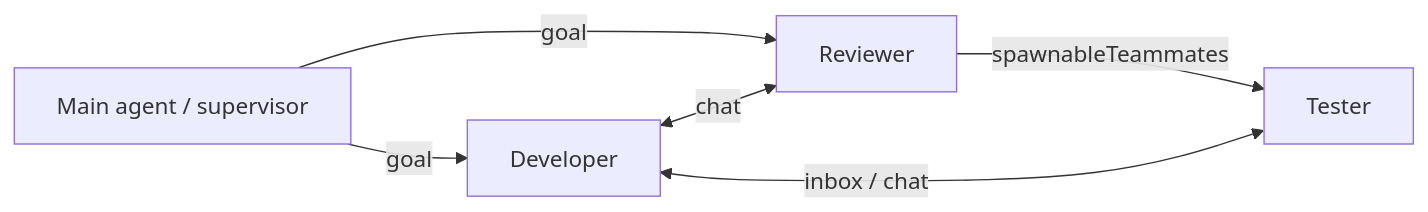
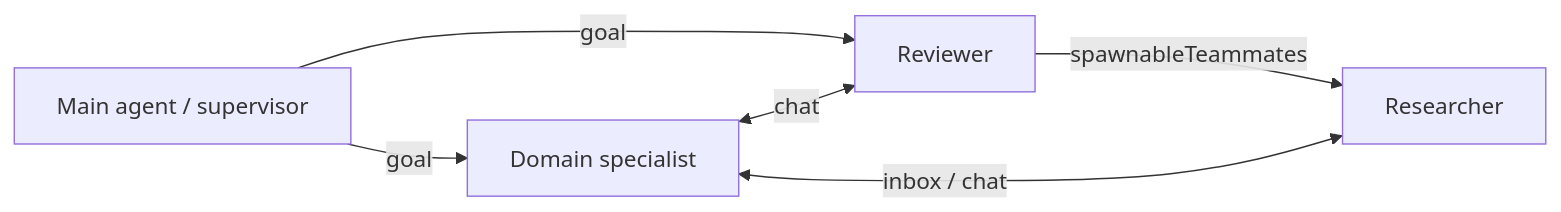
One commit to aelinrezende/pipa changed the second of 2 diagrams in README.md. Above: the diagram before and after it, drawn with Mermaid. The commit also changed other lines of this file and 6 other files, not shown here.

````diff
--- a/README.md
+++ b/README.md
@@ -85,13 +145,13 @@
 ```mermaid
 flowchart LR
     Main[Main agent / supervisor]
-    Dev[Developer]
-    Rev[Reviewer]
-    Test[Tester]
+    Specialist[Domain specialist]
+    Reviewer[Reviewer]
+    Researcher[Researcher]
 
-    Main -->|goal| Dev
-    Main -->|goal| Rev
-    Dev <-->|chat| Rev
-    Rev -->|spawnableTeammates| Test
-    Test <-->|inbox / chat| Dev
+    Main -->|goal| Specialist
+    Main -->|goal| Reviewer
+    Specialist <-->|chat| Reviewer
+    Reviewer -->|spawnableTeammates| Researcher
+    Researcher <-->|inbox / chat| Specialist
 ```
````
